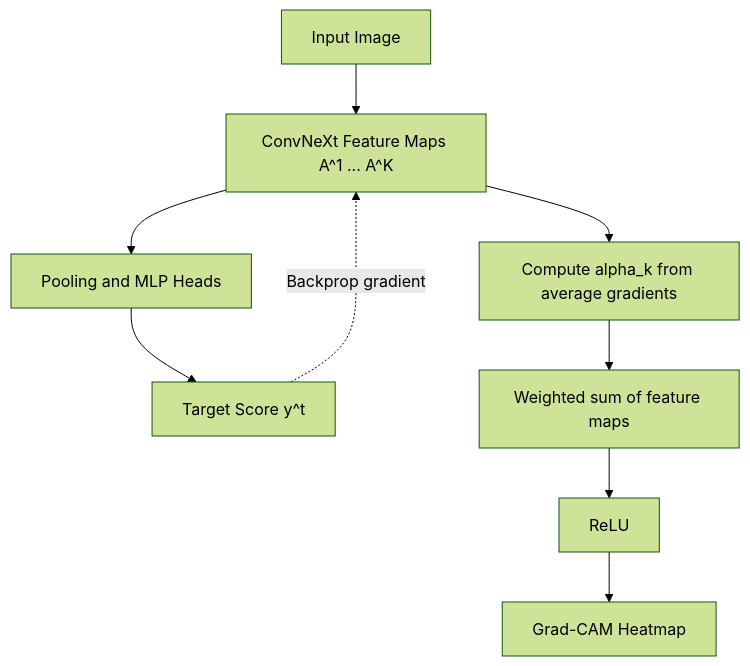
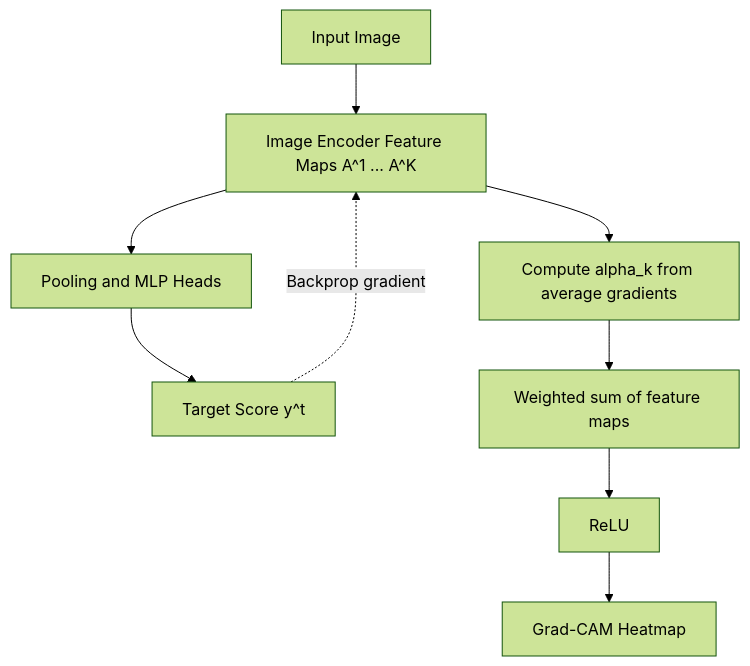
Before and after one commit to lechihoang/SE365: the second of 4 diagrams in doc/Explainable_AI_for_Multimodal_Product_Quality_Assessment.md, drawn with Mermaid (forest theme). The commit also changed other lines of this file and 3 other files, not shown here.

````diff
--- a/doc/Explainable_AI_for_Multimodal_Product_Quality_Assessment.md
+++ b/doc/Explainable_AI_for_Multimodal_Product_Quality_Assessment.md
@@ -388,11 +394,11 @@
 ```mermaid
 flowchart TD
-    A[Input Image] --> B[ConvNeXt Feature Maps A^1 ... A^K]
+    A[Input Image] --> B[Image Encoder Feature Maps A^1 ... A^K]
     B --> C[Pooling and MLP Heads]
     C --> D[Target Score y^t]
     D -. Backprop gradient .-> B
     B --> E[Compute alpha_k from average gradients]
     E --> F[Weighted sum of feature maps]
     F --> G[ReLU]
     G --> H[Grad-CAM Heatmap]
 ```
````
